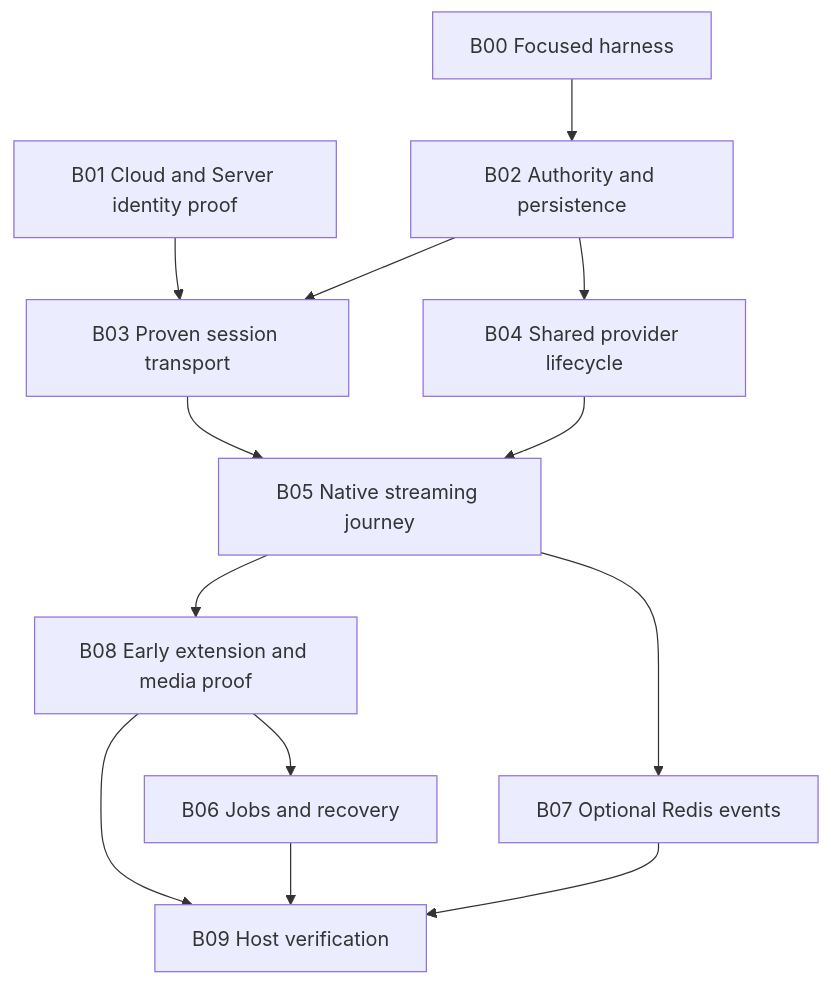
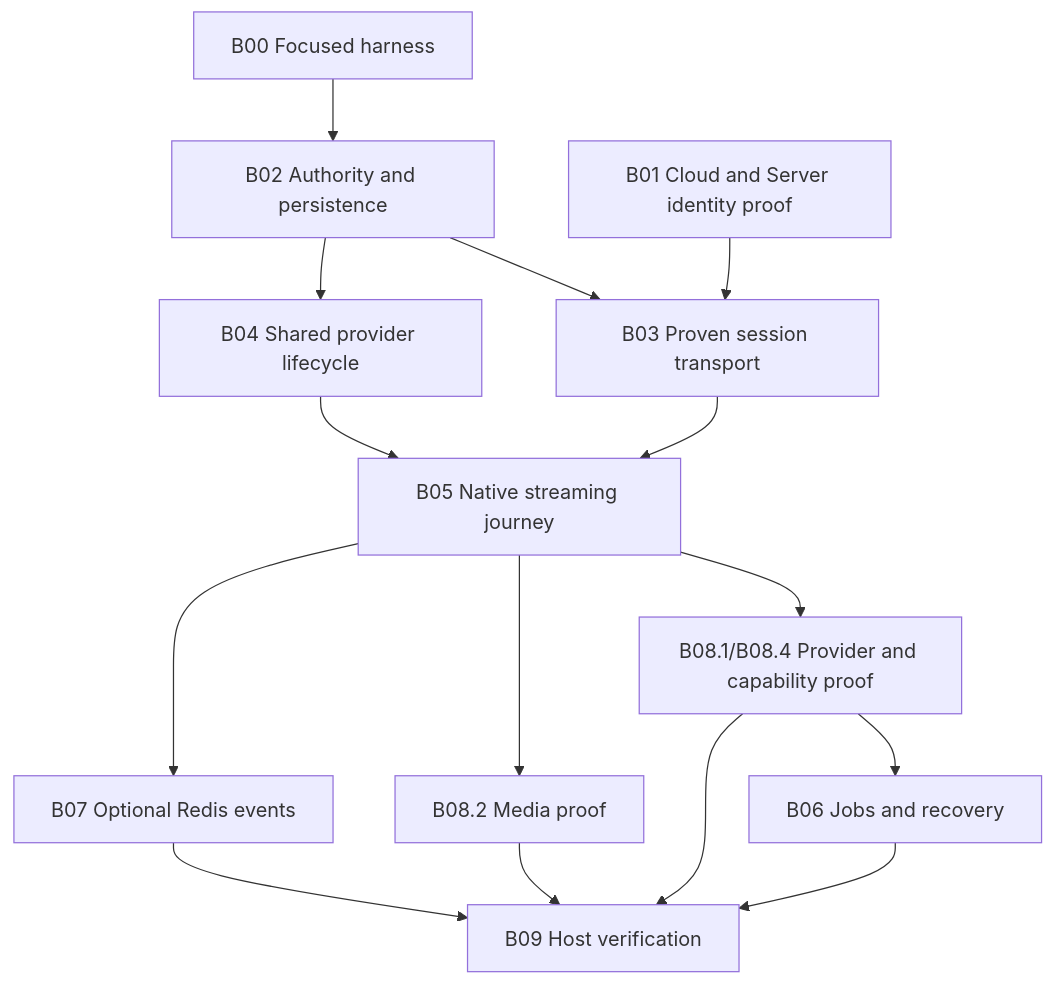
The diagram in planning/build-plan.md (ahillspace/tableau-data-app-service), drawn with Mermaid before and after one commit. The commit also changed other lines of this file and 18 other files, not shown here.

````diff
--- a/planning/build-plan.md
+++ b/planning/build-plan.md
@@ -9,15 +9,17 @@
 ```mermaid
 flowchart TD
   B00[B00 Focused harness] --> B02[B02 Authority and persistence]
   B01[B01 Cloud and Server identity proof] --> B03[B03 Proven session transport]
   B02 --> B03
   B02 --> B04[B04 Shared provider lifecycle]
   B03 --> B05[B05 Native streaming journey]
   B04 --> B05
-  B05 --> B08[B08 Early extension and media proof]
+  B05 --> B08[B08.1/B08.4 Provider and capability proof]
   B08 --> B06[B06 Jobs and recovery]
+  B05 --> MEDIA[B08.2 Media proof]
   B05 --> B07[B07 Optional Redis events]
   B08 --> B09[B09 Host verification]
+  MEDIA --> B09
   B06 --> B09
   B07 --> B09
 ```
````
